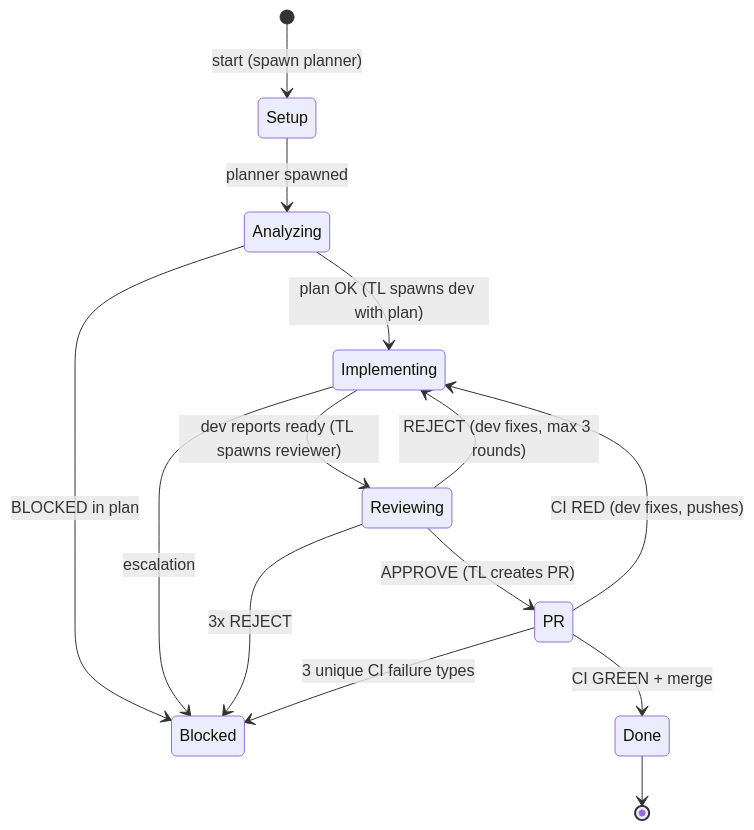
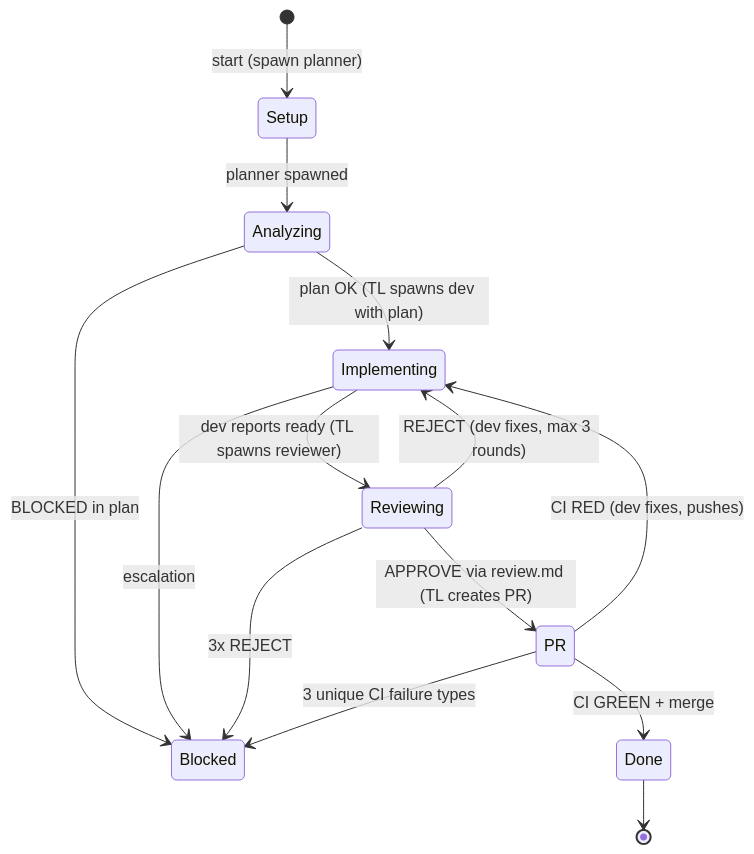
One commit to hubertciebiada/fleet-commander changed the diagram in templates/workflow.md. Above: the diagram before and after it, drawn with Mermaid. The commit also changed other lines of this file and 6 other files, not shown here.

````diff
--- a/templates/workflow.md
+++ b/templates/workflow.md
@@ -83,16 +83,16 @@
 ```mermaid
 stateDiagram-v2
     [*] --> Setup : start (spawn planner)
     Setup --> Analyzing : planner spawned
     Analyzing --> Implementing : plan OK (TL spawns dev with plan)
     Analyzing --> Blocked : BLOCKED in plan
     Implementing --> Reviewing : dev reports ready (TL spawns reviewer)
     Reviewing --> Implementing : REJECT (dev fixes, max 3 rounds)
-    Reviewing --> PR : APPROVE (TL creates PR)
+    Reviewing --> PR : APPROVE via review.md (TL creates PR)
     PR --> Done : CI GREEN + merge
     PR --> Implementing : CI RED (dev fixes, pushes)
     Implementing --> Blocked : escalation
     Reviewing --> Blocked : 3x REJECT
     PR --> Blocked : 3 unique CI failure types
     Done --> [*]
 ```
````
